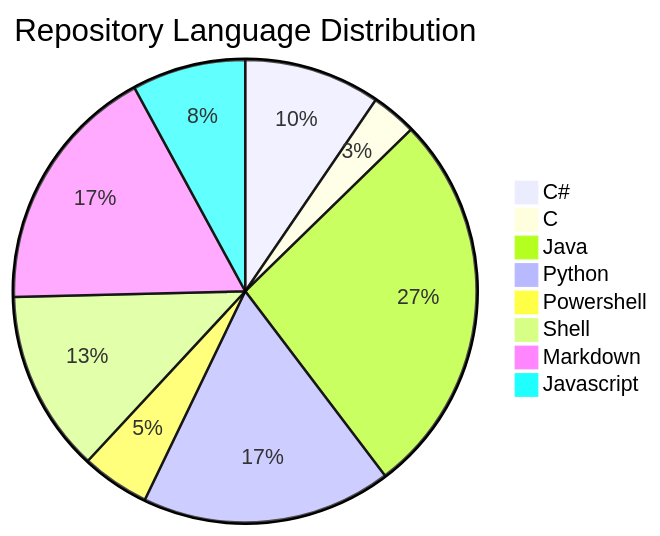
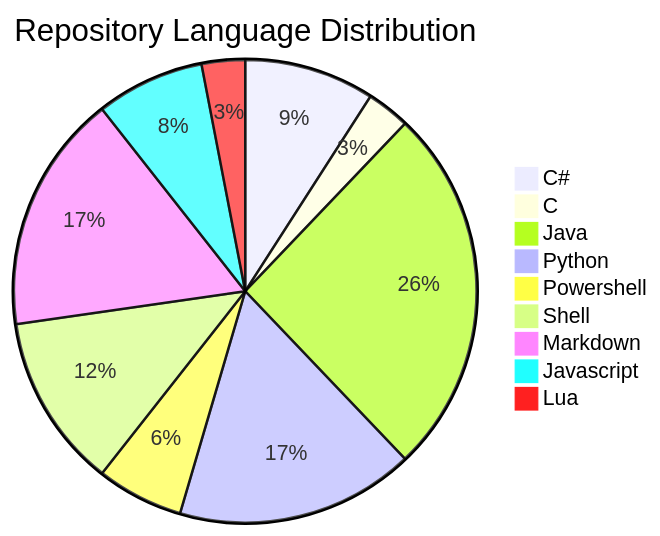
Before and after one commit to F4NT0/F4NT0: the diagram in README.md, drawn with Mermaid.

````diff
--- a/README.md
+++ b/README.md
@@ -27,11 +27,12 @@
 ```mermaid
 pie title Repository Language Distribution
     "C#" : 6
     "C": 2
     "Java" : 17
     "Python" : 11
-    "Powershell" : 3
+    "Powershell" : 4
     "Shell" : 8
     "Markdown" : 11
     "Javascript" : 5
+    "Lua": 2
 ```
````
